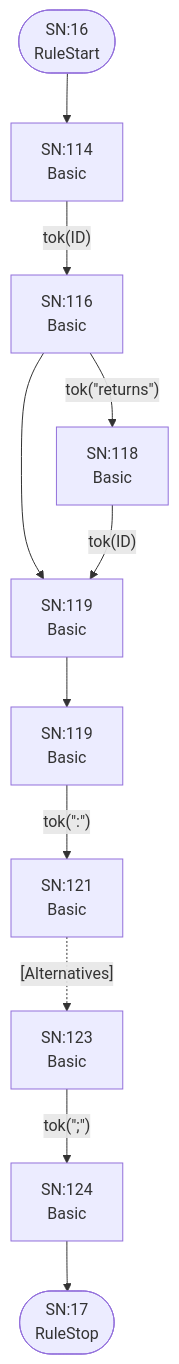
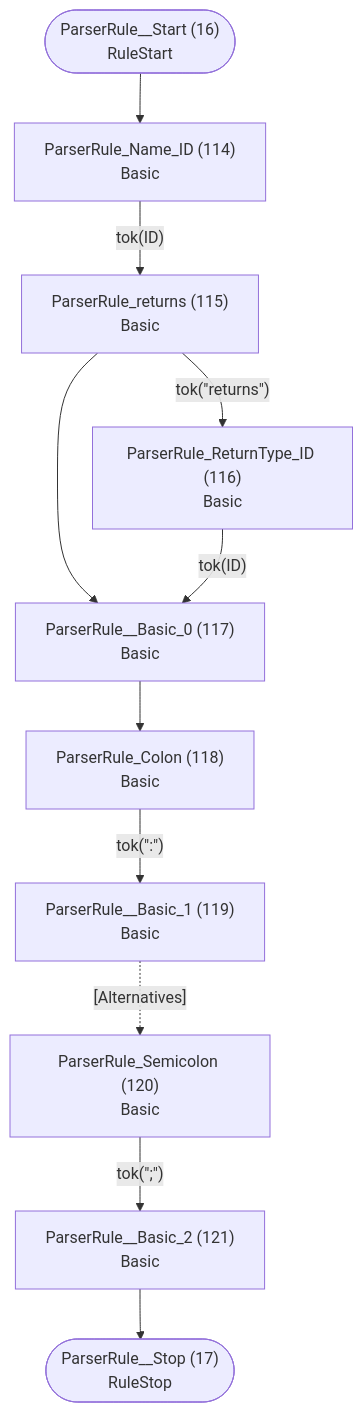
The ninth of 25 diagrams in internal/grammar/atn.md (TypeFox/fastbelt), drawn with Mermaid before and after one commit. The commit also changed other lines of this file and 26 other files, not shown here.

````diff
--- a/internal/grammar/atn.md
+++ b/internal/grammar/atn.md
@@ -225,24 +225,24 @@
 ```mermaid
 flowchart TD
-    q16(["SN:16<br/>RuleStart"])
-    q17(["SN:17<br/>RuleStop"])
-    q114["SN:114<br/>Basic<br/>"]
-    q115["SN:116<br/>Basic<br/>"]
-    q116["SN:118<br/>Basic<br/>"]
-    q117["SN:119<br/>Basic<br/>"]
-    q118["SN:119<br/>Basic<br/>"]
-    q119["SN:121<br/>Basic<br/>"]
-    q120["SN:123<br/>Basic<br/>"]
-    q121["SN:124<br/>Basic<br/>"]
+    q16(["ParserRule__Start (16)<br/>RuleStart"])
+    q17(["ParserRule__Stop (17)<br/>RuleStop"])
+    q114["ParserRule_Name_ID (114)<br/>Basic<br/>"]
+    q115["ParserRule_returns (115)<br/>Basic<br/>"]
+    q116["ParserRule_ReturnType_ID (116)<br/>Basic<br/>"]
+    q117["ParserRule__Basic_0 (117)<br/>Basic<br/>"]
+    q118["ParserRule_Colon (118)<br/>Basic<br/>"]
+    q119["ParserRule__Basic_1 (119)<br/>Basic<br/>"]
+    q120["ParserRule_Semicolon (120)<br/>Basic<br/>"]
+    q121["ParserRule__Basic_2 (121)<br/>Basic<br/>"]
 
     q16 --> q114
     q114 -->|"tok(ID)"| q115
     q115 -->|"tok(&quot;returns&quot;)"| q116
     q115 --> q117
     q116 -->|"tok(ID)"| q117
     q117 --> q118
     q118 -->|"tok(&quot;:&quot;)"| q119
     q119 -.->|"[Alternatives]"| q120
     q120 -->|"tok(&quot;;&quot;)"| q121
     q121 --> q17
 ```
````
